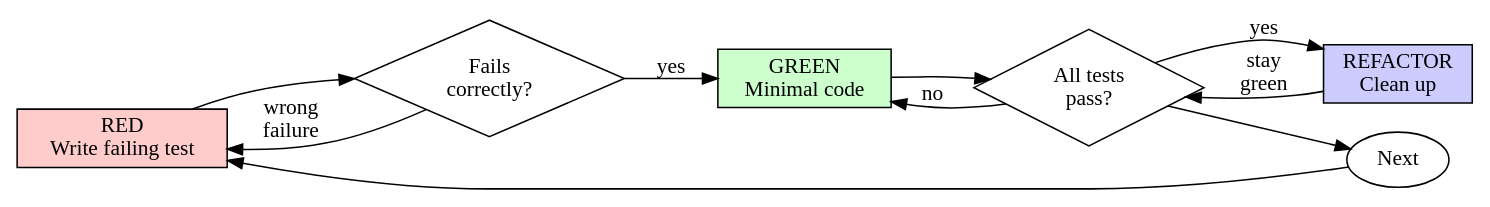
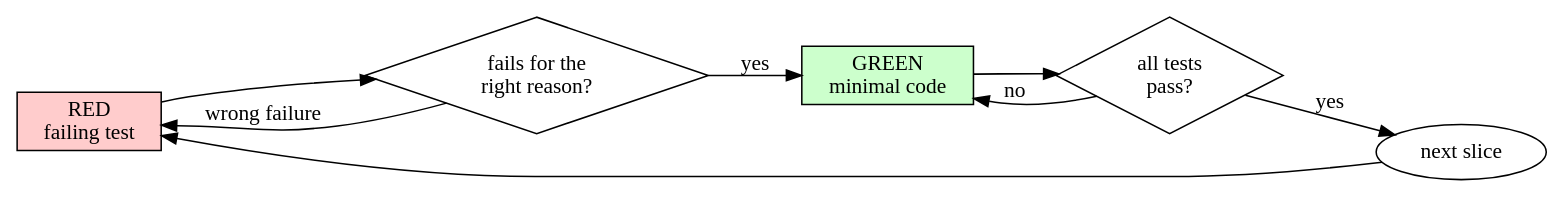
One commit to themattkeenan/ascension changed the diagram in skills/test-first/SKILL.md. Above: the diagram before and after it, drawn with Graphviz. The commit also changed other lines of this file and 73 other files, not shown here.

````diff
--- a/skills/test-first/SKILL.md
+++ b/skills/test-first/SKILL.md
@@ -49,21 +26,18 @@
 ```dot
 digraph tdd_loop {
     rankdir=LR;
-    red [label="RED\nWrite failing test", shape=box, style=filled, fillcolor="#ffcccc"];
-    check_red [label="Fails\ncorrectly?", shape=diamond];
-    green [label="GREEN\nMinimal code", shape=box, style=filled, fillcolor="#ccffcc"];
-    check_green [label="All tests\npass?", shape=diamond];
-    refactor [label="REFACTOR\nClean up", shape=box, style=filled, fillcolor="#ccccff"];
-    next [label="Next", shape=ellipse];
+    red [label="RED\nfailing test", shape=box, style=filled, fillcolor="#ffcccc"];
+    check_red [label="fails for the\nright reason?", shape=diamond];
+    green [label="GREEN\nminimal code", shape=box, style=filled, fillcolor="#ccffcc"];
+    check_green [label="all tests\npass?", shape=diamond];
+    next [label="next slice", shape=ellipse];
 
     red -> check_red;
     check_red -> green [label="yes"];
-    check_red -> red [label="wrong\nfailure"];
+    check_red -> red [label="wrong failure"];
     green -> check_green;
-    check_green -> refactor [label="yes"];
+    check_green -> next [label="yes"];
     check_green -> green [label="no"];
-    refactor -> check_green [label="stay\ngreen"];
-    check_green -> next;
     next -> red;
 }
 ```
````
